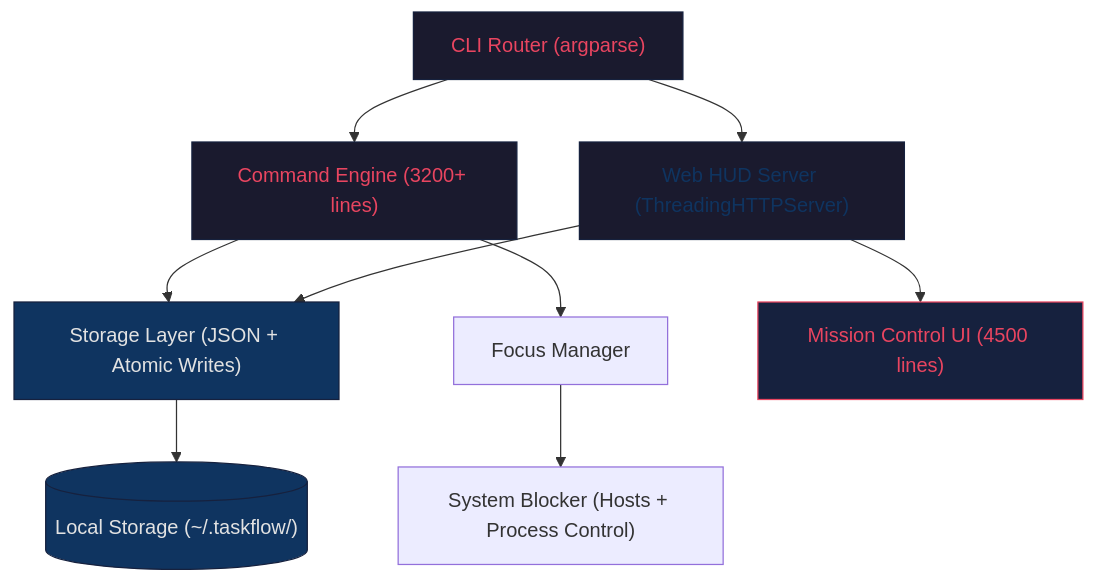
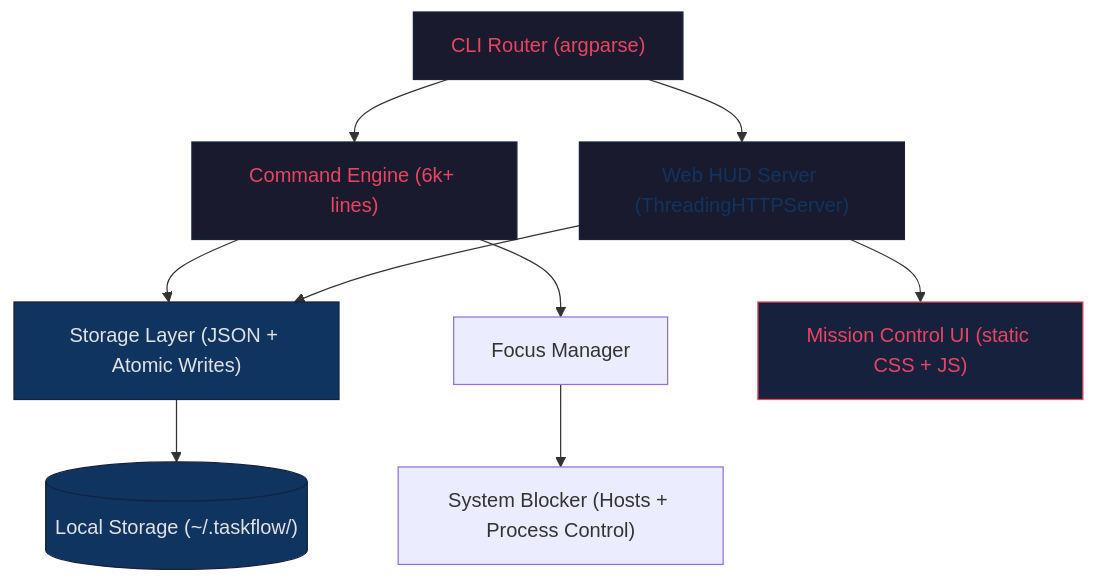
One commit to Mohith535/TaskFlow changed the diagram in docs/deep-dive.md. Above: the diagram before and after it, drawn with Mermaid. The commit also changed other lines of this file and 5 other files, not shown here.

````diff
--- a/docs/deep-dive.md
+++ b/docs/deep-dive.md
@@ -629,22 +696,22 @@
 ```mermaid
 graph TD
-    A["CLI Router (argparse)"] --> B["Command Engine (3200+ lines)"]
+    A["CLI Router (argparse)"] --> B["Command Engine (6k+ lines)"]
     A --> C["Web HUD Server (ThreadingHTTPServer)"]
     
     B --> D["Storage Layer (JSON + Atomic Writes)"]
     C --> D
     
     B --> E["Focus Manager"]
     E --> F["System Blocker (Hosts + Process Control)"]
     
-    C --> G["Mission Control UI (4500 lines)"]
+    C --> G["Mission Control UI (static CSS + JS)"]
     
     D --> H[("Local Storage (~/.taskflow/)")]
 
     style A fill:#1a1a2e,stroke:#16213e,color:#e94560
     style B fill:#1a1a2e,stroke:#16213e,color:#e94560
     style C fill:#1a1a2e,stroke:#16213e,color:#0f3460
     style D fill:#0f3460,stroke:#16213e,color:#e2e2e2
     style G fill:#16213e,stroke:#e94560,color:#e94560
     style H fill:#0f3460,stroke:#16213e,color:#e2e2e2
 ```
````
